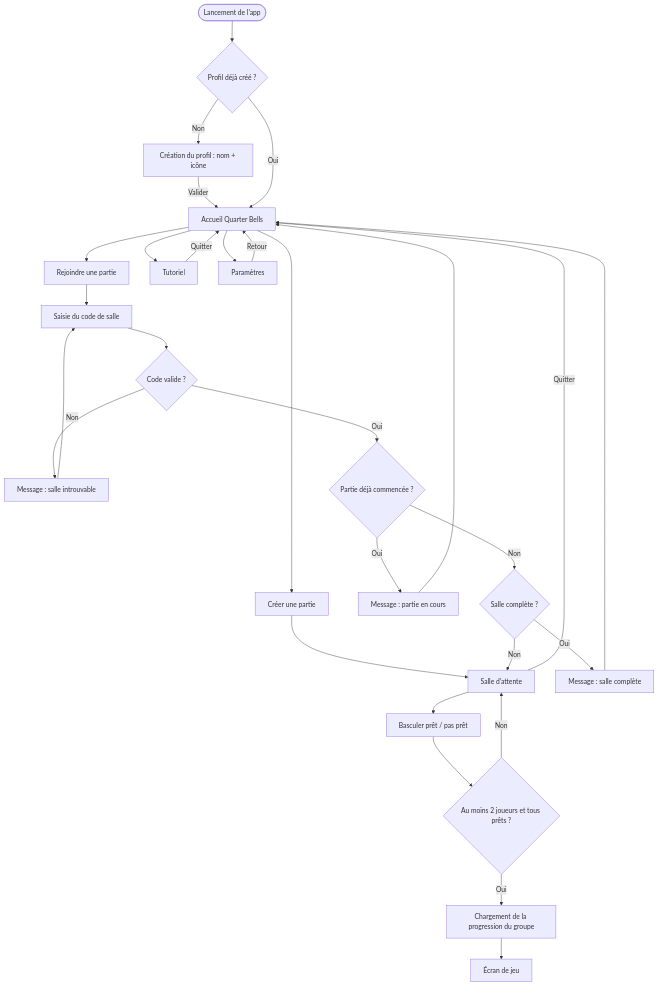
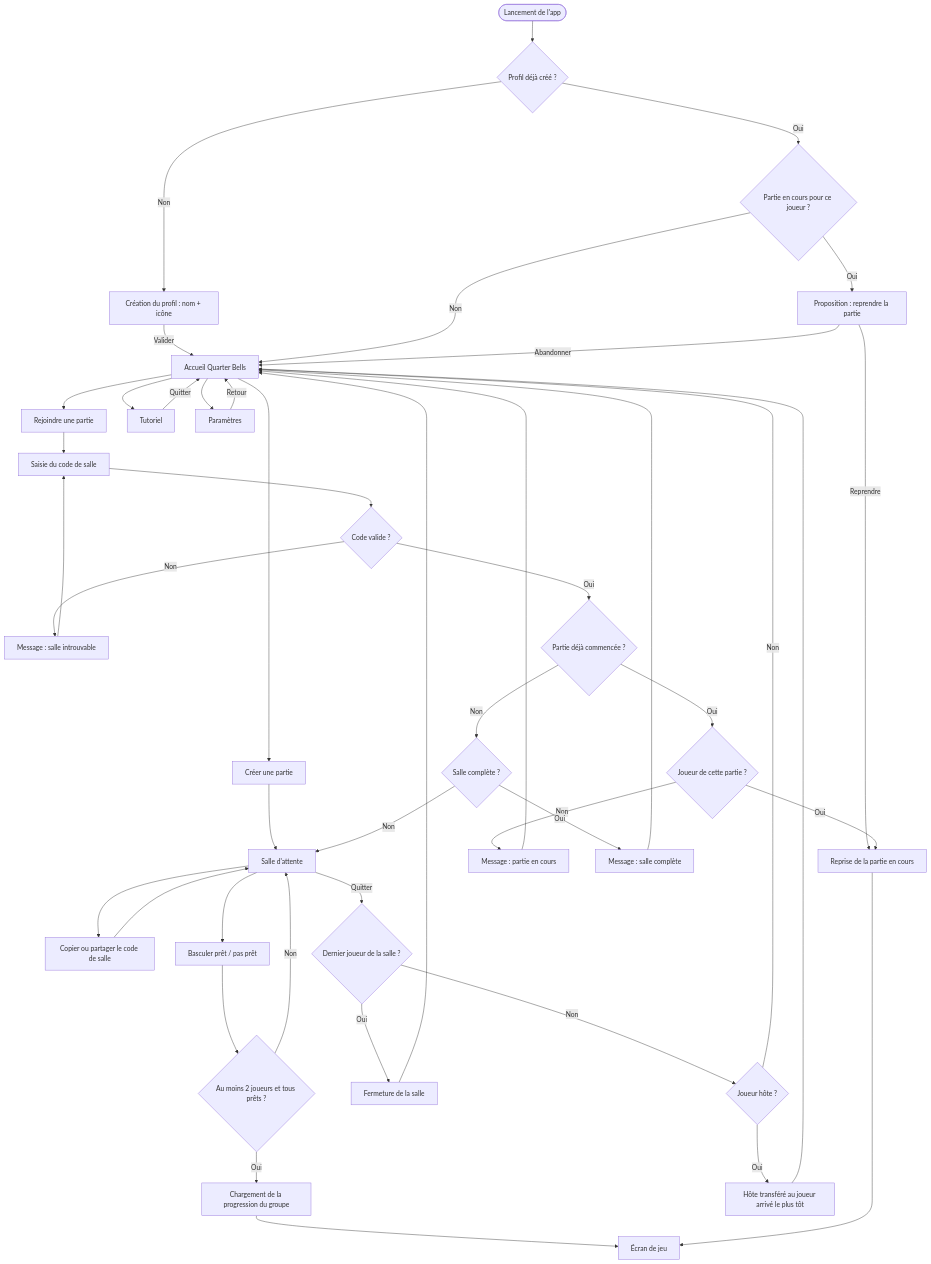
The diagram in docs/diagrams/navigation-flow.md (mpaitier/quarter-bells), drawn with Mermaid before and after one commit. The commit also changed other lines of this file and 20 other files, not shown here.

````diff
--- a/docs/diagrams/navigation-flow.md
+++ b/docs/diagrams/navigation-flow.md
@@ -5,37 +5,51 @@
 ```mermaid
 flowchart TB
     %% Lancement et profil
     Launch([Lancement de l'app]) --> HasProfile{"Profil déjà créé ?"}
     HasProfile -- Non --> ProfileSetup["Création du profil : nom + icône"]
     ProfileSetup -- Valider --> Home
-    HasProfile -- Oui --> Home["Accueil Quarter Bells"]
+    HasProfile -- Oui --> HasOngoingGame{"Partie en cours pour ce joueur ?"}
+    HasOngoingGame -- Non --> Home["Accueil Quarter Bells"]
+    HasOngoingGame -- Oui --> ResumePrompt["Proposition : reprendre la partie"]
+    ResumePrompt -- Reprendre --> Rejoin
+    ResumePrompt -- Abandonner --> Home
 
     %% Menu principal
     Home --> Host["Créer une partie"]
     Home --> Join["Rejoindre une partie"]
     Home --> Tutorial["Tutoriel"]
     Home --> Settings["Paramètres"]
     Tutorial -- Quitter --> Home
     Settings -- Retour --> Home
 
     %% Création
     Host --> Lobby["Salle d'attente"]
 
     %% Rejoindre
     Join --> EnterCode["Saisie du code de salle"]
     EnterCode --> CodeValid{"Code valide ?"}
     CodeValid -- Non --> CodeError["Message : salle introuvable"] --> EnterCode
     CodeValid -- Oui --> GameStarted{"Partie déjà commencée ?"}
-    GameStarted -- Oui --> StartedError["Message : partie en cours"] --> Home
+    GameStarted -- Oui --> WasMember{"Joueur de cette partie ?"}
+    WasMember -- Oui --> Rejoin["Reprise de la partie en cours"]
+    WasMember -- Non --> StartedError["Message : partie en cours"] --> Home
     GameStarted -- Non --> RoomFull{"Salle complète ?"}
     RoomFull -- Oui --> FullError["Message : salle complète"] --> Home
     RoomFull -- Non --> Lobby
 
     %% Salle d'attente
+    Lobby --> ShareCode["Copier ou partager le code de salle"] --> Lobby
     Lobby --> ToggleReady["Basculer prêt / pas prêt"]
     ToggleReady --> CanStart{"Au moins 2 joueurs et tous prêts ?"}
     CanStart -- Non --> Lobby
     CanStart -- Oui --> LoadProgress["Chargement de la progression du groupe"]
     LoadProgress --> GameScreen["Écran de jeu"]
-    Lobby -- Quitter --> Home
+    Rejoin --> GameScreen
+
+    %% Départ de la salle
+    Lobby -- Quitter --> IsLastPlayer{"Dernier joueur de la salle ?"}
+    IsLastPlayer -- Oui --> CloseRoom["Fermeture de la salle"] --> Home
+    IsLastPlayer -- Non --> IsHost{"Joueur hôte ?"}
+    IsHost -- Non --> Home
+    IsHost -- Oui --> TransferHost["Hôte transféré au joueur arrivé le plus tôt"] --> Home
 ```
````
